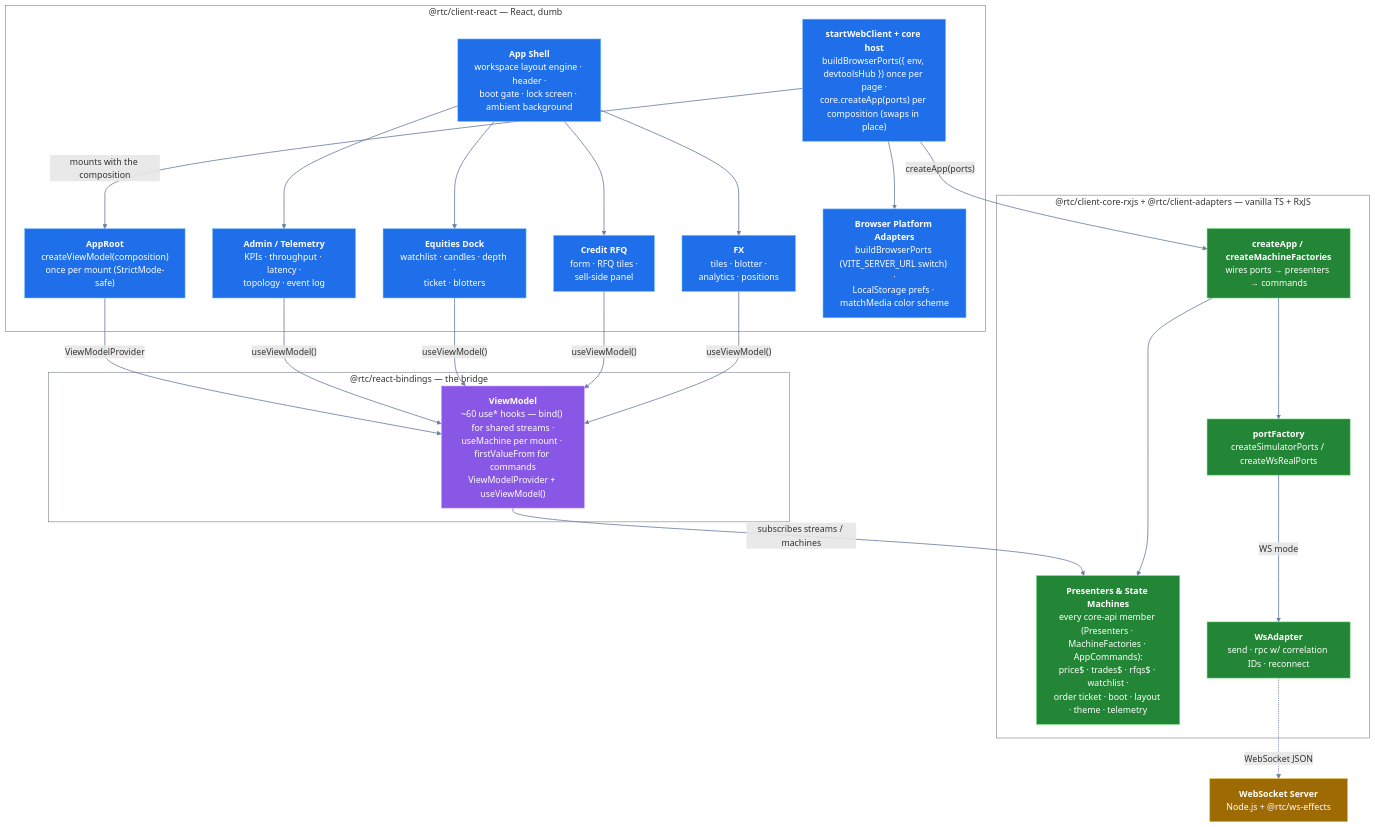
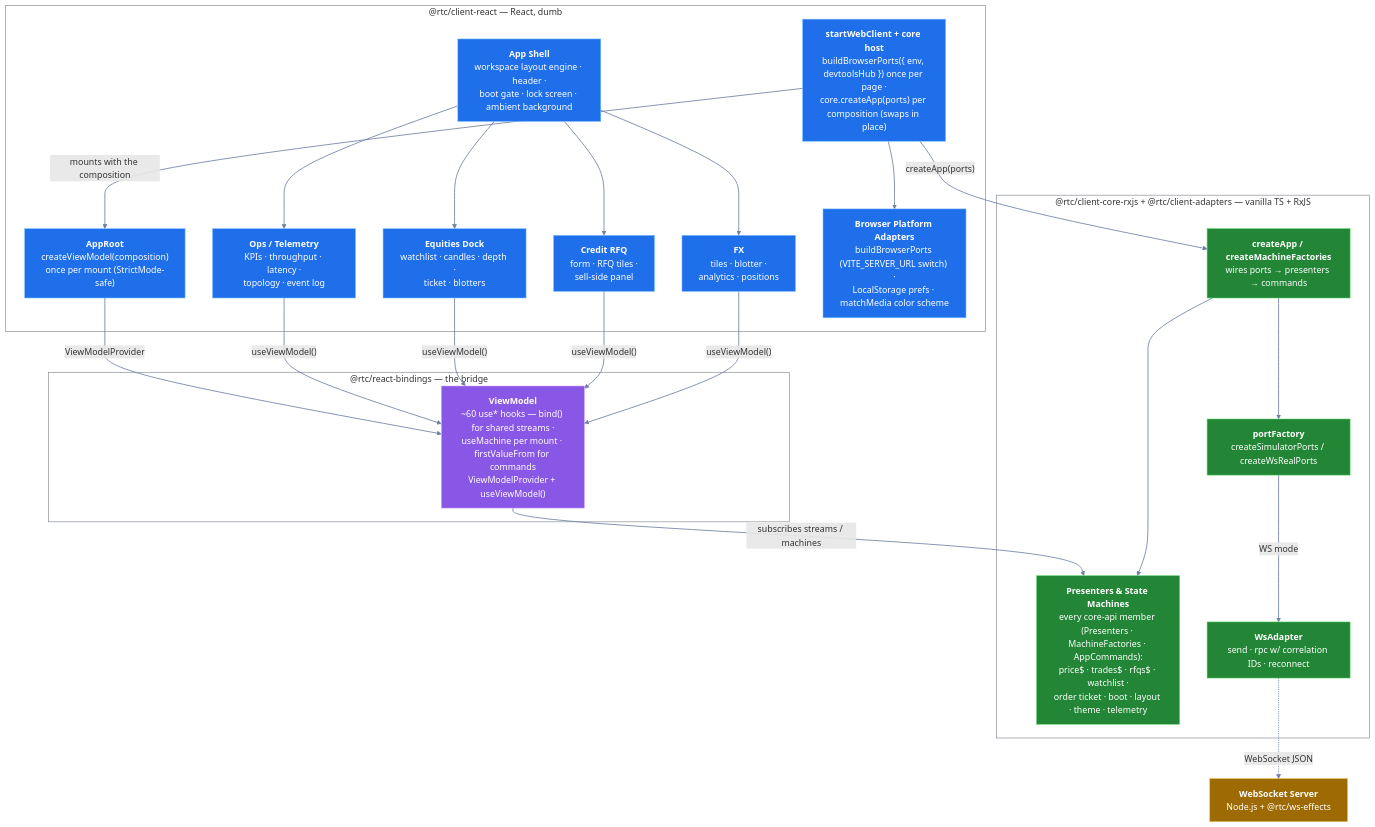
One commit to bettersoftware-io/ReactiveTraderCloudClone changed the fourth of 7 diagrams in docs/architecture/02-c4-model.md. Above: the diagram before and after it, drawn with Mermaid. The commit also changed other lines of this file and 46 other files, not shown here.

````diff
--- a/docs/architecture/02-c4-model.md
+++ b/docs/architecture/02-c4-model.md
@@ -154,50 +154,50 @@
 ```mermaid
 flowchart TB
     subgraph uiLayer["@rtc/client-react — React, dumb"]
         app["<b>App Shell</b><br/>workspace layout engine · header ·<br/>boot gate · lock screen · ambient background"]:::ui
         fxTiles["<b>FX</b><br/>tiles · blotter ·<br/>analytics · positions"]:::ui
         creditRfq["<b>Credit RFQ</b><br/>form · RFQ tiles ·<br/>sell-side panel"]:::ui
         equities["<b>Equities Dock</b><br/>watchlist · candles · depth ·<br/>ticket · blotters"]:::ui
-        admin["<b>Admin / Telemetry</b><br/>KPIs · throughput · latency ·<br/>topology · event log"]:::ui
+        ops["<b>Ops / Telemetry</b><br/>KPIs · throughput · latency ·<br/>topology · event log"]:::ui
         coreHost["<b>startWebClient + core host</b><br/>buildBrowserPorts({ env, devtoolsHub }) once per page ·<br/>core.createApp(ports) per composition (swaps in place)"]:::ui
         appRoot["<b>AppRoot</b><br/>createViewModel(composition)<br/>once per mount (StrictMode-safe)"]:::ui
         browserAdapters["<b>Browser Platform Adapters</b><br/>buildBrowserPorts (VITE_SERVER_URL switch) ·<br/>LocalStorage prefs · matchMedia color scheme"]:::ui
         app --> fxTiles
         app --> creditRfq
         app --> equities
-        app --> admin
+        app --> ops
     end
 
     subgraph bindingsLayer["@rtc/react-bindings — the bridge"]
         viewModel["<b>ViewModel</b><br/>~60 use* hooks — bind() for shared streams ·<br/>useMachine per mount · firstValueFrom for commands<br/>ViewModelProvider + useViewModel()"]:::bridge
     end
 
     subgraph coreLayer["@rtc/client-core-rxjs + @rtc/client-adapters — vanilla TS + RxJS"]
         composition["<b>createApp / createMachineFactories</b><br/>wires ports → presenters → commands"]:::core
         presenters["<b>Presenters & State Machines</b><br/>every core-api member (Presenters · MachineFactories · AppCommands):<br/>price$ · trades$ · rfqs$ · watchlist ·<br/>order ticket · boot · layout · theme · telemetry"]:::core
         portFactory["<b>portFactory</b><br/>createSimulatorPorts / createWsRealPorts"]:::core
         wsAdapter["<b>WsAdapter</b><br/>send · rpc w/ correlation IDs · reconnect"]:::core
         composition --> presenters
         composition --> portFactory
         portFactory -->|"WS mode"| wsAdapter
     end
 
     server["<b>WebSocket Server</b><br/>Node.js + @rtc/ws-effects"]:::server
 
-    fxTiles & creditRfq & equities & admin -->|"useViewModel()"| viewModel
+    fxTiles & creditRfq & equities & ops -->|"useViewModel()"| viewModel
     coreHost --> browserAdapters
     coreHost -->|"createApp(ports)"| composition
     coreHost -->|"mounts with the composition"| appRoot
     appRoot -->|"ViewModelProvider"| viewModel
     viewModel -->|"subscribes streams / machines"| presenters
     wsAdapter -. WebSocket JSON .-> server
 
     classDef ui     fill:#1f6feb,stroke:#79c0ff,color:#ffffff
     classDef bridge fill:#8957e5,stroke:#d2a8ff,color:#ffffff
     classDef core   fill:#238636,stroke:#56d364,color:#ffffff
     classDef server fill:#9e6a03,stroke:#e3b341,color:#ffffff
     style uiLayer fill:transparent,stroke:#6e7681
     style bindingsLayer fill:transparent,stroke:#6e7681
     style coreLayer fill:transparent,stroke:#6e7681
     linkStyle default stroke:#6e7fa3,stroke-width:1.5px
 ```
````
